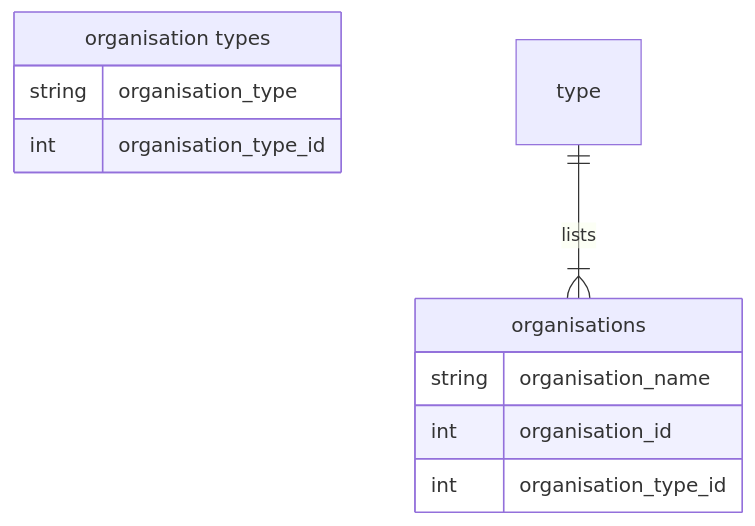
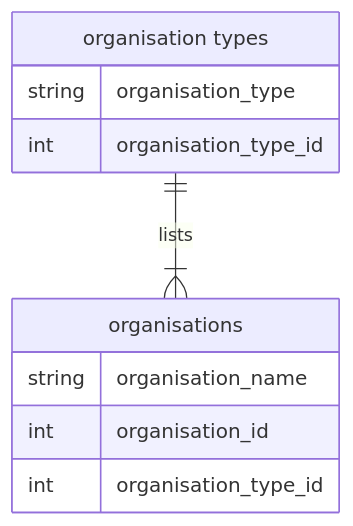
Before and after one commit to data-intelligence-00003/fetch: the diagram in data/README.md, drawn with Mermaid.

````diff
--- a/data/README.md
+++ b/data/README.md
@@ -16,13 +16,13 @@
 ```mermaid
 erDiagram
     typ["organisation types"]{
         string organisation_type
         int organisation_type_id
     }
     org[organisations]{
         string organisation_name
         int organisation_id
         int organisation_type_id 
     }
-    type ||--|{ org : lists
+    typ ||--|{ org : lists
 ```
````
